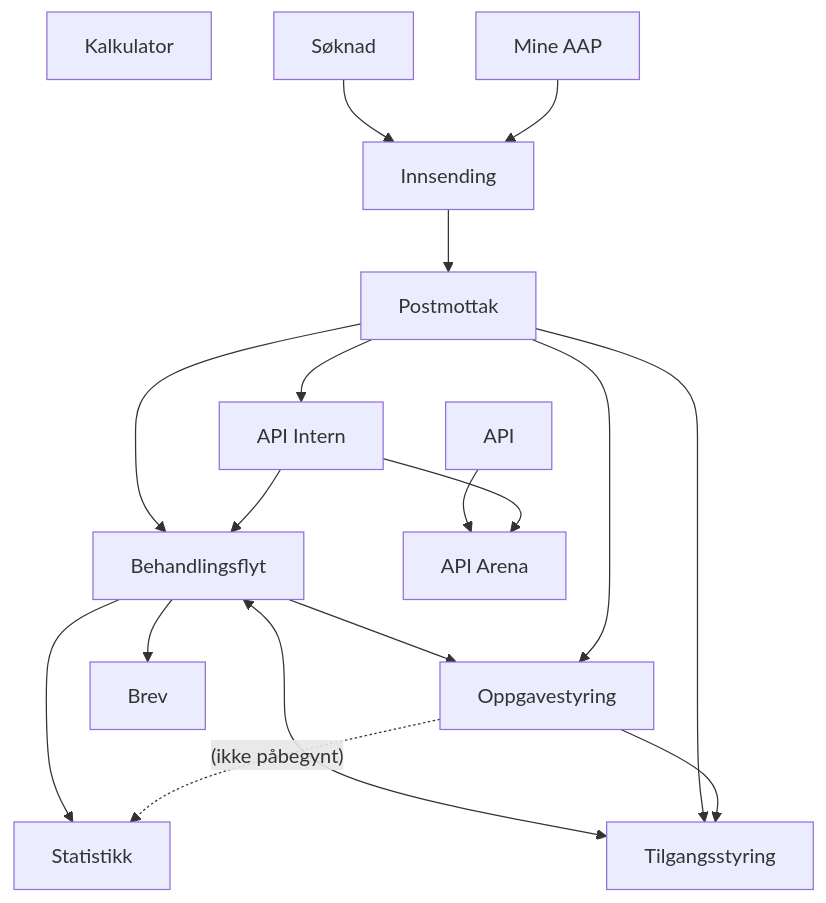
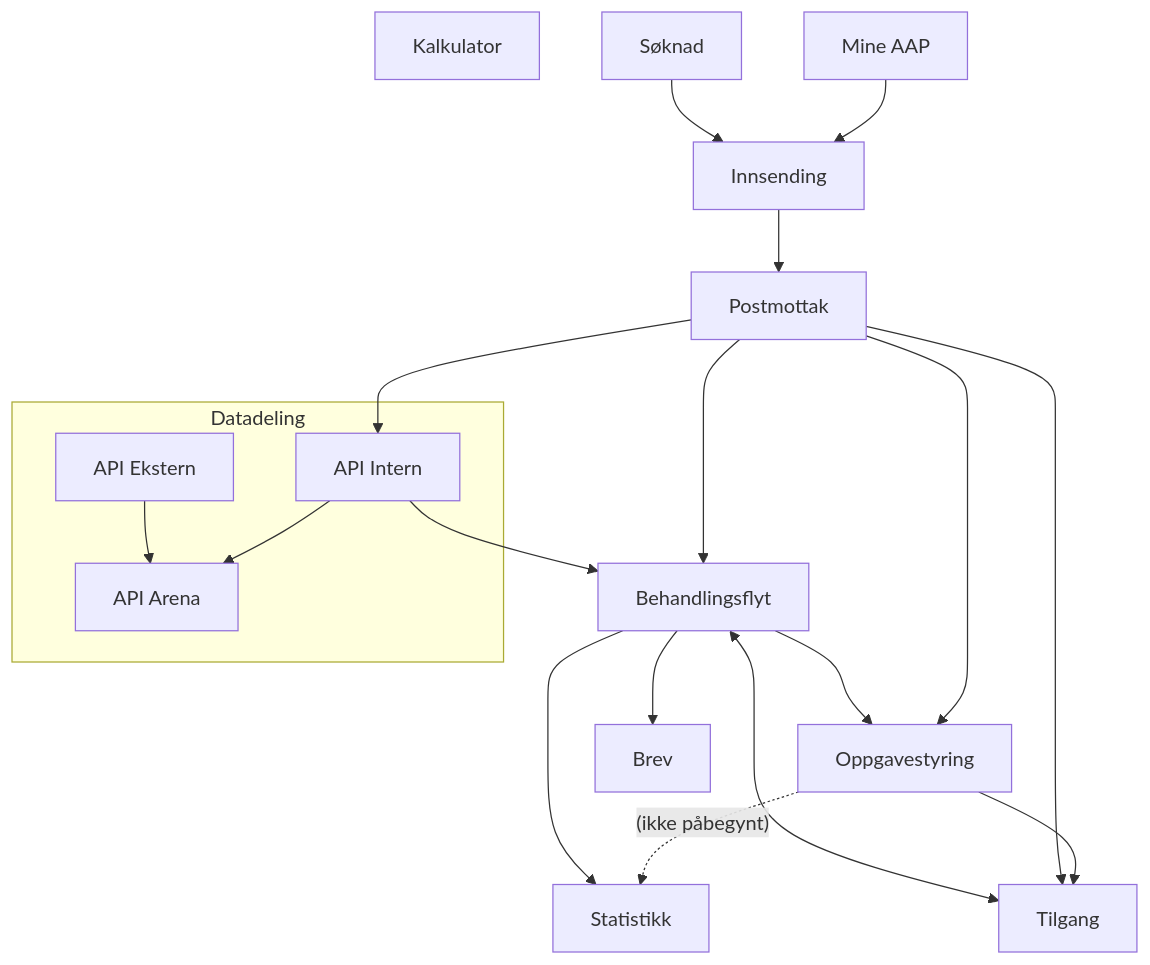
Before and after one commit to navikt/aap-intern-sysdok: the diagram in docs/funksjonalitet/funksjonalitet.md, drawn with Mermaid. The commit also changed other lines of this file and 4 other files, not shown here.

Commit message:
Fjern wall of text i funksjonalitet.md, tilgangsstyring -> tilgang

````diff
--- a/docs/funksjonalitet/funksjonalitet.md
+++ b/docs/funksjonalitet/funksjonalitet.md
@@ -83,21 +15,24 @@
 ```mermaid
 graph TD
 KA[Kalkulator]
 SK[Søknad] --> IS[Innsending]
 MA[Mine AAP] --> IS
 IS --> PM[Postmottak]
-PM --> VT[Behandlingsflyt]
-VT --> OP[Oppgavestyring]
-VT <--> TS[Tilgangsstyring]
+PM --> Behandlingsflyt[Behandlingsflyt]
+Behandlingsflyt --> OP[Oppgavestyring]
+Behandlingsflyt <--> TS[Tilgang]
 PM --> TS
 PM --> OP
-VT --> BR[Brev]
-VT --> ST[Statistikk]
+Behandlingsflyt --> BR[Brev]
+Behandlingsflyt --> ST[Statistikk]
 OP -. (ikke påbegynt) .-> ST
-APII[API Intern] --> VT
 PM --> APII
+subgraph Datadeling
 APIA[API Arena]
-API --> APIA
+APII[API Intern]
+API[API Ekstern] --> APIA
+end
+APII --> Behandlingsflyt
 APII --> APIA
 OP --> TS
 ```
````
